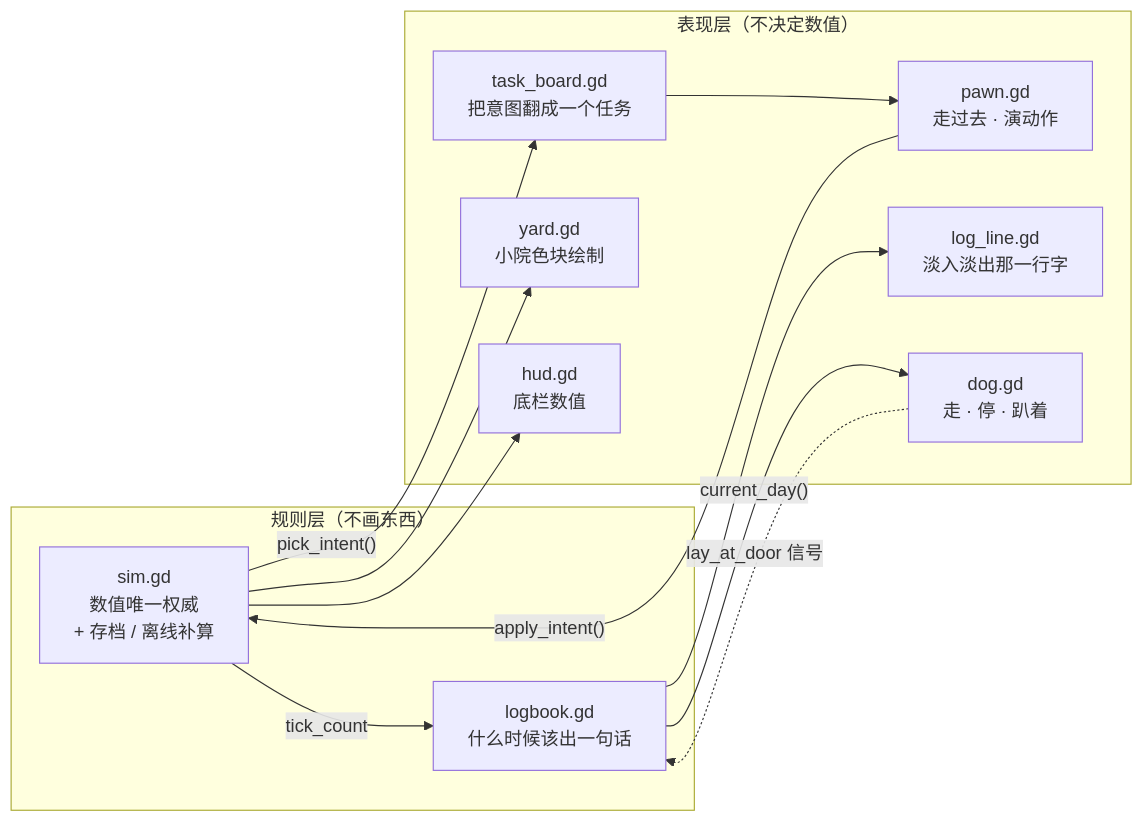
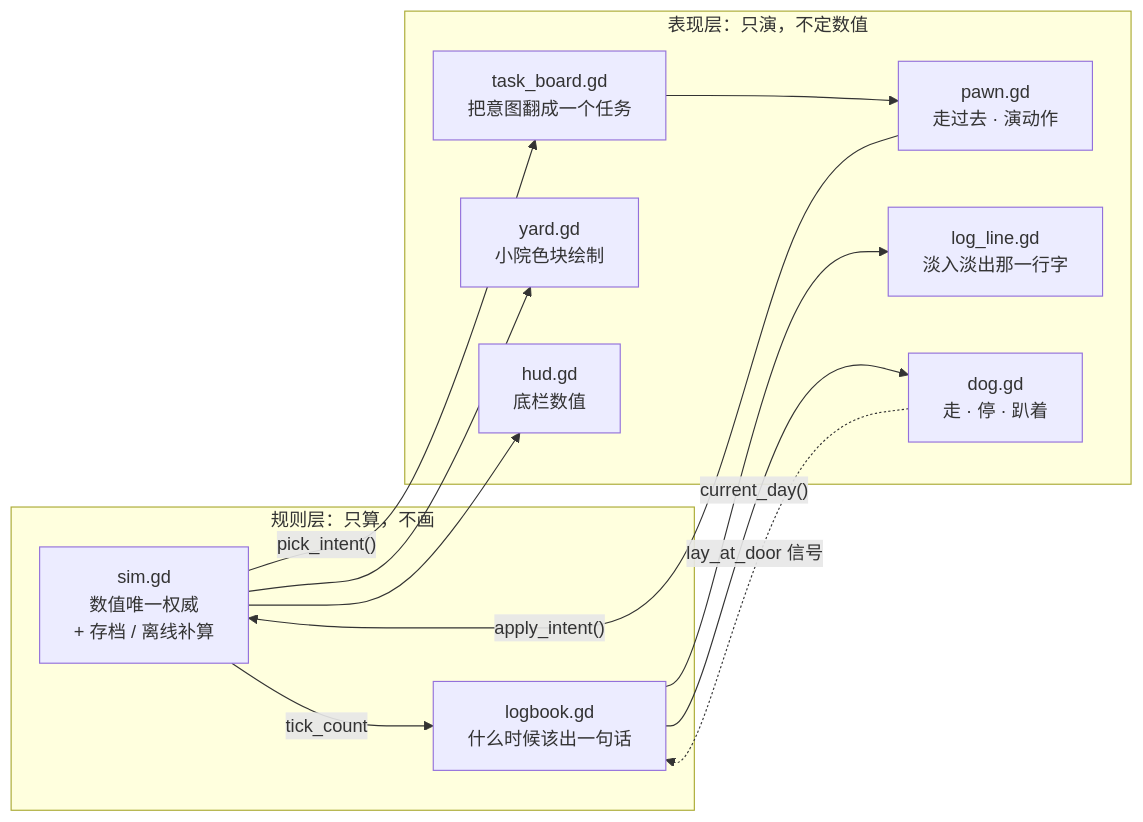
Before and after one commit to honghui0303/xiaxiangcun: the diagram in README.md, drawn with Mermaid. The commit also changed other lines of this file, not shown here.

Commit message:
docs: 修正 README（行数、mermaid subgraph 用 ASCII id）

````diff
--- a/README.md
+++ b/README.md
@@ -68,24 +68,24 @@
 ```mermaid
 flowchart LR
-    subgraph 规则层["规则层（不画东西）"]
+    subgraph rules["规则层：只算，不画"]
         SIM["sim.gd<br/>数值唯一权威<br/>+ 存档 / 离线补算"]
         BOOK["logbook.gd<br/>什么时候该出一句话"]
     end
-    subgraph 表现层["表现层（不决定数值）"]
+    subgraph view["表现层：只演，不定数值"]
         BOARD["task_board.gd<br/>把意图翻成一个任务"]
         PAWN["pawn.gd<br/>走过去 · 演动作"]
         YARD["yard.gd<br/>小院色块绘制"]
         HUD["hud.gd<br/>底栏数值"]
         LINE["log_line.gd<br/>淡入淡出那一行字"]
         DOG["dog.gd<br/>走 · 停 · 趴着"]
     end
     SIM -->|"pick_intent()"| BOARD
     BOARD --> PAWN
     PAWN -->|"apply_intent()"| SIM
     SIM --> YARD
     SIM --> HUD
     SIM -->|"tick_count"| BOOK
     BOOK --> LINE
     BOOK -->|"current_day()"| DOG
     DOG -.->|"lay_at_door 信号"| BOOK
 ```
````
